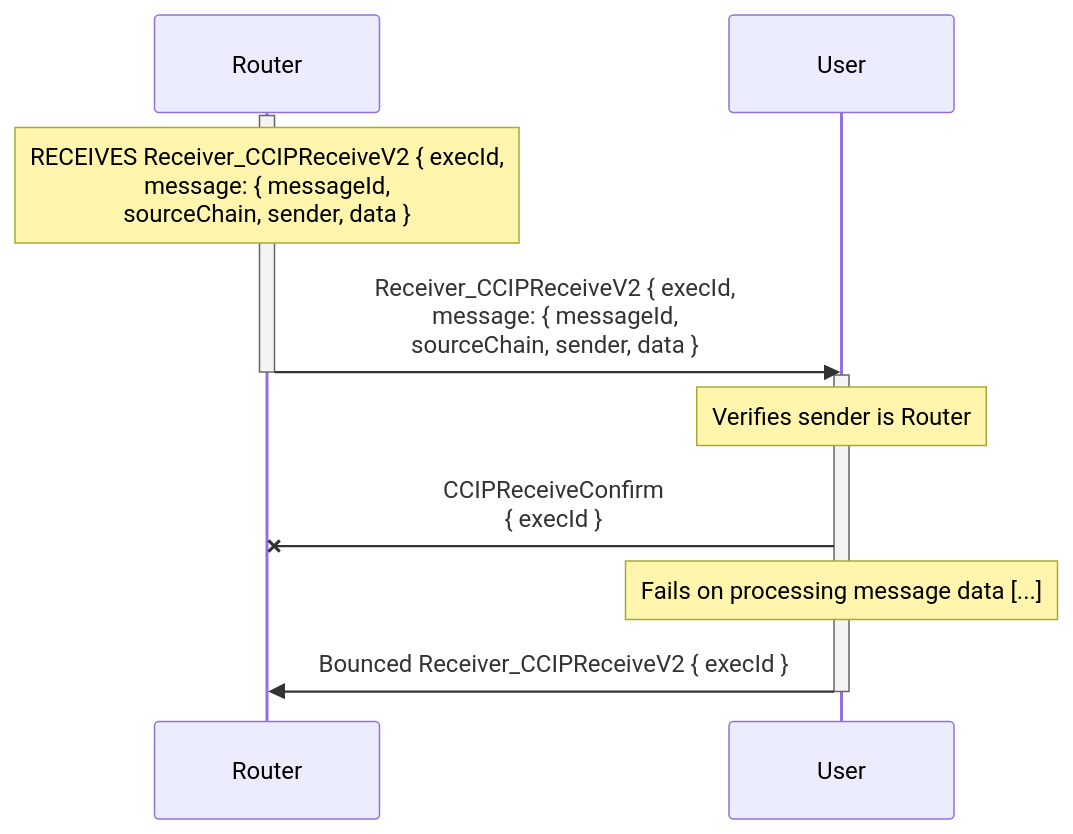
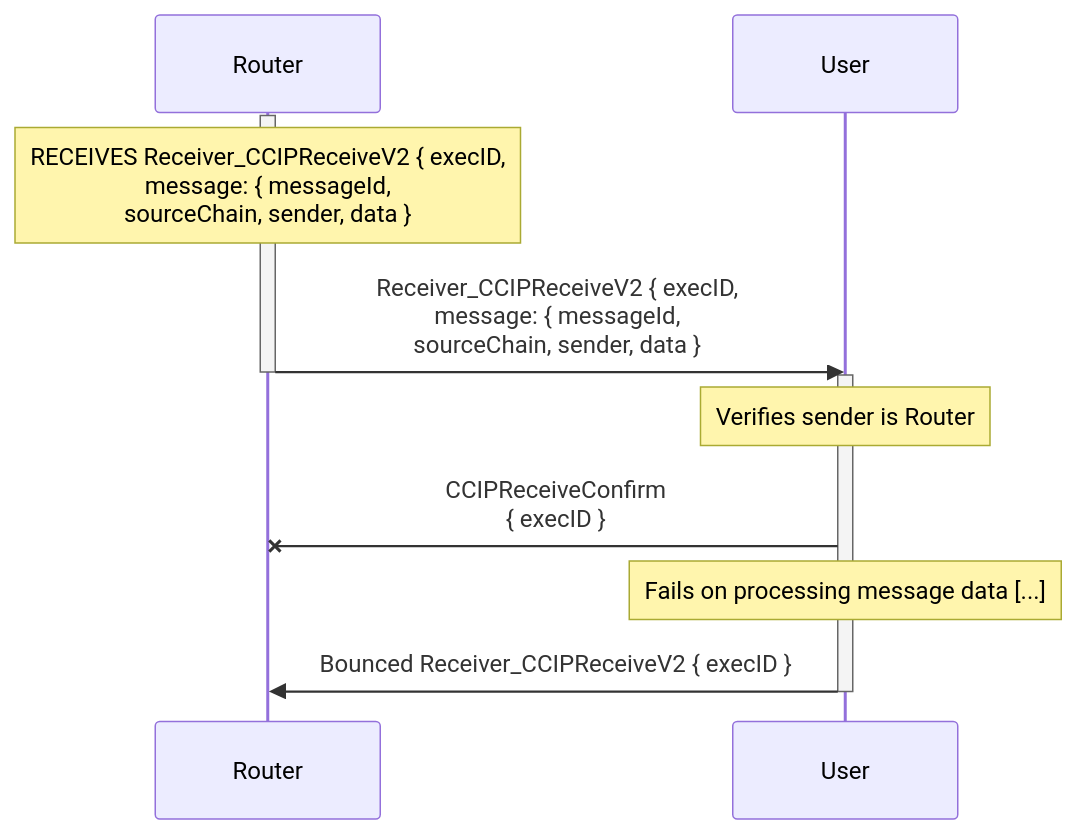
The second of 2 diagrams in docs/contracts/overview/ccip/router/user-interface/receiver.md (smartcontractkit/chainlink-ton), drawn with Mermaid before and after one commit. The commit also changed other lines of this file and 28 other files, not shown here.

````diff
--- a/docs/contracts/overview/ccip/router/user-interface/receiver.md
+++ b/docs/contracts/overview/ccip/router/user-interface/receiver.md
@@ -41,19 +41,19 @@
 ```mermaid
 sequenceDiagram
     participant R as Router
     participant U as User
 
     activate R
-    Note over R: RECEIVES Receiver_CCIPReceiveV2 { execId,<br>message: { messageId,<br>sourceChain, sender, data }
-    R ->> U: Receiver_CCIPReceiveV2 { execId,<br>message: { messageId,<br>sourceChain, sender, data }
+    Note over R: RECEIVES Receiver_CCIPReceiveV2 { execID,<br>message: { messageId,<br>sourceChain, sender, data }
+    R ->> U: Receiver_CCIPReceiveV2 { execID,<br>message: { messageId,<br>sourceChain, sender, data }
     deactivate R
 
 
 
     activate U
     Note over U: Verifies sender is Router
-    U -x R: CCIPReceiveConfirm<br>{ execId }
+    U -x R: CCIPReceiveConfirm<br>{ execID }
     Note over U: Fails on processing message data [...]
-    U ->> R: Bounced Receiver_CCIPReceiveV2 { execId }
+    U ->> R: Bounced Receiver_CCIPReceiveV2 { execID }
     deactivate U
 ```
````
